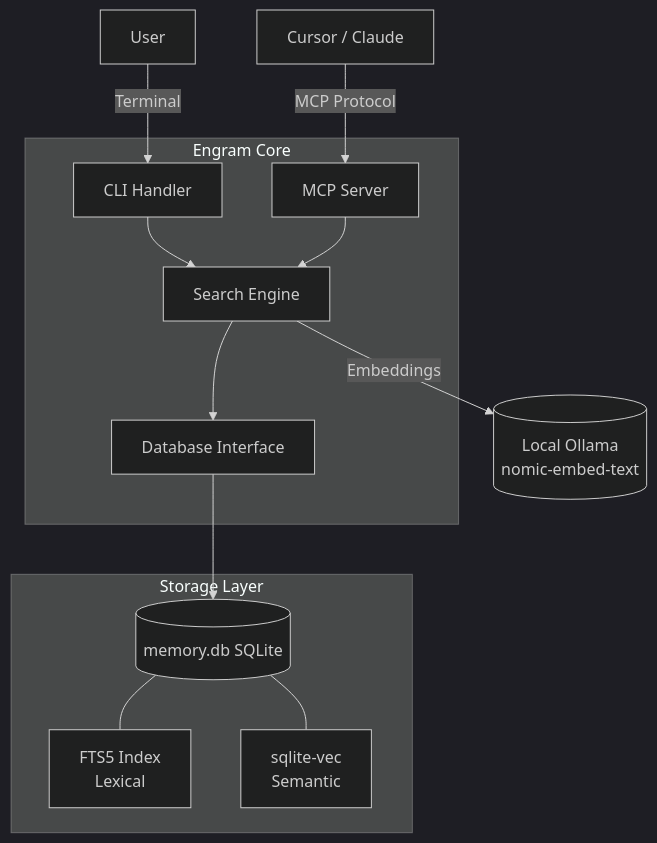
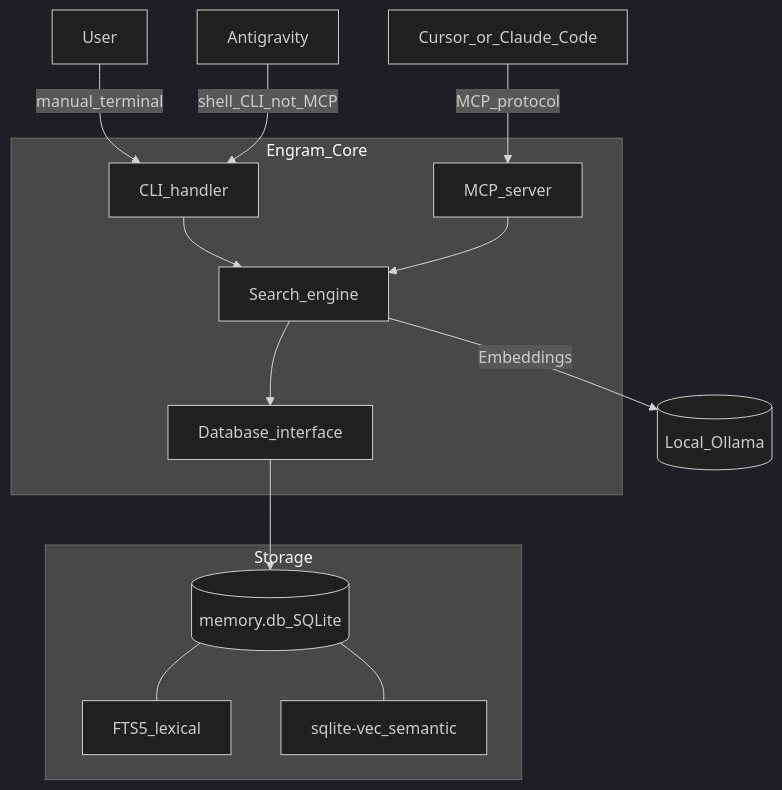
One commit to luiscota99/engram changed the first of 2 diagrams in README.md. Above: the diagram before and after it, drawn with Mermaid (dark theme). The commit also changed other lines of this file and 2 other files, not shown here.

Commit message:
docs: clarify Cursor vs Antigravity workflows and CLI/MCP mapping

````diff
--- a/README.md
+++ b/README.md
@@ -27,23 +27,17 @@
 ```mermaid
 graph TD
-    %% Actors/Interfaces
-    U[User] -->|Terminal| CLI[CLI Handler]
-    IDE[Cursor / Claude] -->|MCP Protocol| MCP[MCP Server]
-    
-    %% Core Logic
-    subgraph Engram Core
-        CLI --> SE[Search Engine]
-        MCP --> SE[Search Engine]
-        SE --> DB_Int[Database Interface]
+    User[User] -->|manual_terminal| CLI[CLI_handler]
+    Cursor[Cursor_or_Claude_Code] -->|MCP_protocol| MCP[MCP_server]
+    Antigravity[Antigravity] -->|shell_CLI_not_MCP| CLI
+    subgraph engram_core [Engram_Core]
+        CLI --> SE[Search_engine]
+        MCP --> SE
+        SE --> DB_Int[Database_interface]
     end
-    
-    %% AI Model
-    SE -- "Embeddings" --> Ollama[(Local Ollama<br/>nomic-embed-text)]
-    
-    %% Storage Layer
-    subgraph Storage Layer
-        DB_Int --> SQLite[(memory.db SQLite)]
-        SQLite --- FTS[FTS5 Index<br/>Lexical]
-        SQLite --- VEC[sqlite-vec<br/>Semantic]
+    SE -- Embeddings --> Ollama[(Local_Ollama)]
+    subgraph storage [Storage]
+        DB_Int --> SQLite[(memory.db_SQLite)]
+        SQLite --- FTS[FTS5_lexical]
+        SQLite --- VEC[sqlite-vec_semantic]
     end
 ```
````
